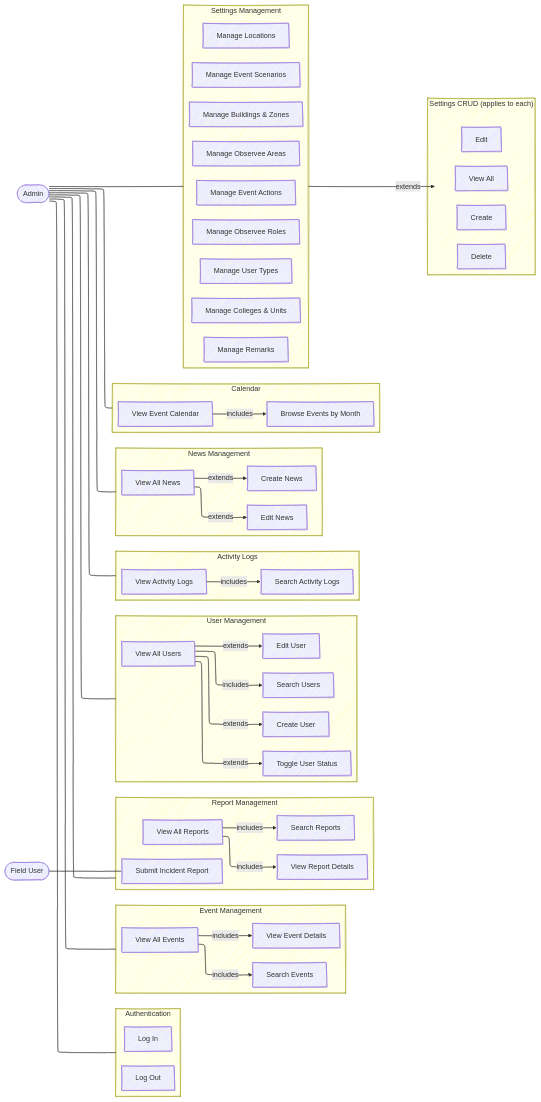
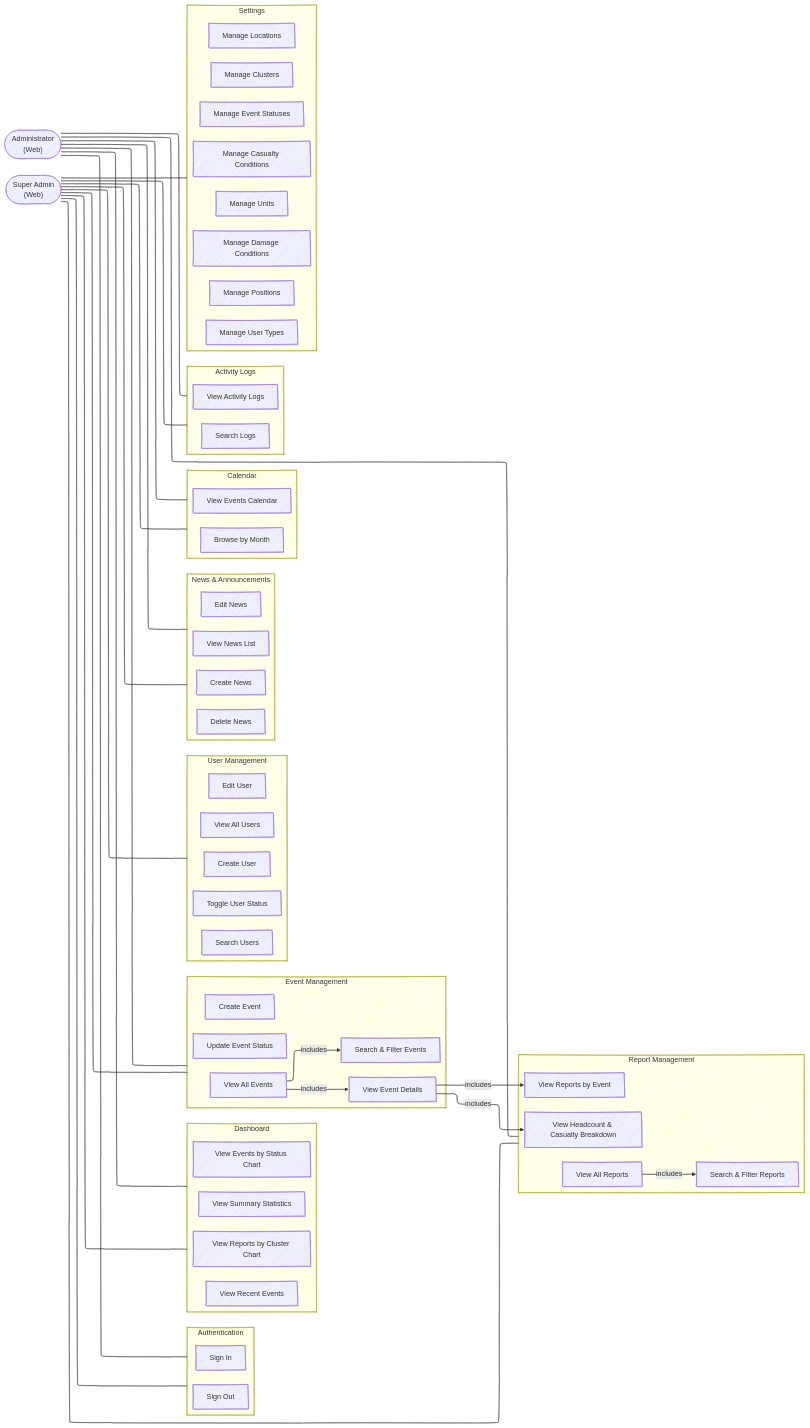
Before and after one commit to bruhhhyannnn/drrm-irs: the second of 5 diagrams in README.md, drawn with Mermaid. The commit also changed other lines of this file, not shown here.

````diff
--- a/README.md
+++ b/README.md
@@ -183,71 +209,68 @@
 ```mermaid
 ---
 config:
   layout: elk
   look: handDrawn
   theme: default
 ---
 flowchart LR
  subgraph AUTH["Authentication"]
-        UC1["Log In"]
-        UC2["Log Out"]
+        UC1["Sign In"]
+        UC2["Sign Out"]
+  end
+ subgraph DASHBOARD["Dashboard"]
+        UC14["View Summary Statistics"]
+        UC15["View Reports by Cluster Chart"]
+        UC16["View Events by Status Chart"]
+        UC17["View Recent Events"]
   end
  subgraph EVENTS["Event Management"]
         UC3["View All Events"]
         UC4["View Event Details"]
-        UC5["Search Events"]
+        UC5["Create Event"]
+        UC6["Update Event Status"]
+        UC7["Search & Filter Events"]
   end
  subgraph REPORTS["Report Management"]
-        UC6["View All Reports"]
-        UC7["Search Reports"]
-        UC8["View Report Details"]
-        UC9["Submit Incident Report"]
+        UC8["View All Reports"]
+        UC9["Search & Filter Reports"]
+        UC10["View Reports by Event"]
+        UC11["View Headcount & Casualty Breakdown"]
   end
  subgraph USERS["User Management"]
-        UC10["View All Users"]
-        UC11["Create User"]
-        UC12["Edit User"]
-        UC13["Toggle User Status"]
-        UC14["Search Users"]
+        UC18["View All Users"]
+        UC19["Create User"]
+        UC20["Edit User"]
+        UC21["Toggle User Status"]
+        UC22["Search Users"]
+  end
+ subgraph NEWS["News & Announcements"]
+        UC23["View News List"]
+        UC24["Create News"]
+        UC25["Edit News"]
+        UC26["Delete News"]
+  end
+ subgraph CALENDAR["Calendar"]
+        UC28["View Events Calendar"]
+        UC29["Browse by Month"]
   end
  subgraph LOGS["Activity Logs"]
-        UC15["View Activity Logs"]
-        UC16["Search Activity Logs"]
+        UC30["View Activity Logs"]
+        UC31["Search Logs"]
   end
- subgraph NEWS["News Management"]
-        UC17["View All News"]
-        UC18["Create News"]
-        UC19["Edit News"]
+ subgraph SETTINGS["Settings"]
+        UC32["Manage Clusters"]
+        UC33["Manage Units"]
+        UC34["Manage Locations"]
+        UC35["Manage Positions"]
+        UC36["Manage User Types"]
+        UC37["Manage Event Statuses"]
+        UC38["Manage Casualty Conditions"]
+        UC39["Manage Damage Conditions"]
   end
- subgraph CAL["Calendar"]
-        UC20["View Event Calendar"]
-        UC21["Browse Events by Month"]
-  end
- subgraph SETTINGS["Settings Management"]
-        UC22["Manage Event Scenarios"]
-        UC23["Manage Event Actions"]
-        UC24["Manage Locations"]
-        UC25["Manage User Types"]
-        UC26["Manage Colleges & Units"]
-        UC27["Manage Buildings & Zones"]
-        UC28["Manage Observee Areas"]
-        UC29["Manage Observee Roles"]
-        UC30["Manage Remarks"]
-  end
- subgraph SETTINGSCRUD["Settings CRUD (applies to each)"]
-        UC31["View All"]
-        UC32["Create"]
-        UC33["Edit"]
-        UC34["Delete"]
-  end
-    UC3 -- includes --> UC4 & UC5
-    UC6 -- includes --> UC7 & UC8
-    UC10 -- includes --> UC14
-    UC10 -- extends --> UC11 & UC12 & UC13
-    UC15 -- includes --> UC16
-    UC17 -- extends --> UC18 & UC19
-    UC20 -- includes --> UC21
-    SETTINGS -- extends --> SETTINGSCRUD
-    Admin(["Admin"]) --- AUTH & EVENTS & REPORTS & USERS & LOGS & NEWS & CAL & SETTINGS
-    FieldUser(["Field User"]) --- UC9
+    Admin(["Administrator\n(Web)"]) --- AUTH & DASHBOARD & EVENTS & REPORTS & NEWS & CALENDAR & LOGS
+    SuperAdmin(["Super Admin\n(Web)"]) --- AUTH & DASHBOARD & EVENTS & REPORTS & USERS & NEWS & CALENDAR & LOGS & SETTINGS
+    UC3 -- includes --> UC4 & UC7
+    UC4 -- includes --> UC10 & UC11
+    UC8 -- includes --> UC9
 ```
````
